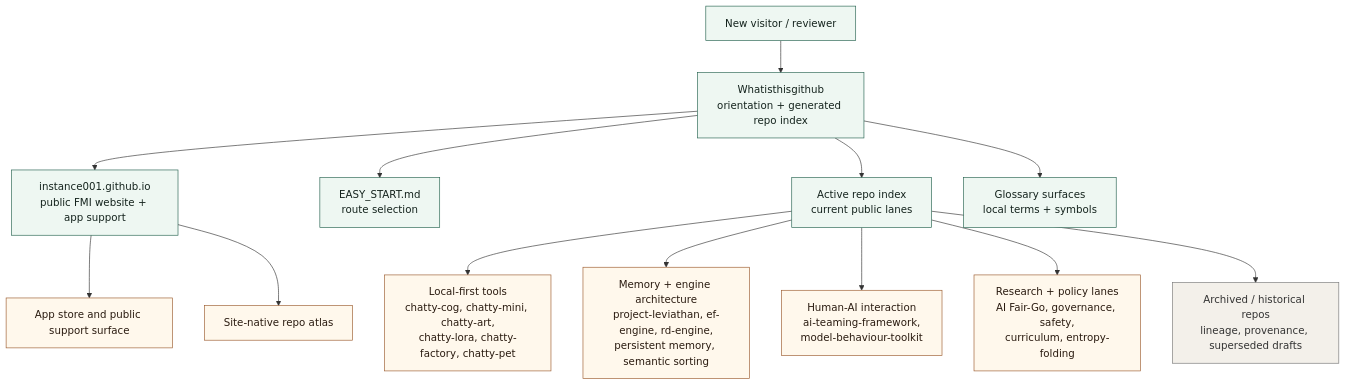
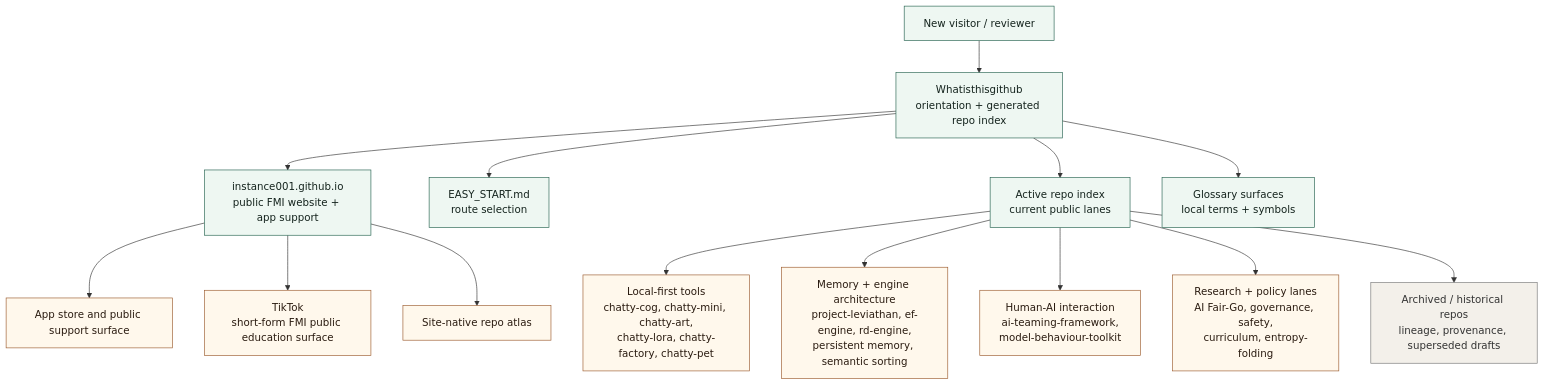
One commit to instance001/Whatisthisgithub changed the diagram in README.md. Above: the diagram before and after it, drawn with Mermaid.

````diff
--- a/README.md
+++ b/README.md
@@ -49,25 +49,26 @@
 ```mermaid
 flowchart TB
     visitor["New visitor / reviewer"] --> fieldRoot["Whatisthisgithub<br/>orientation + generated repo index"]
     fieldRoot --> publicSite["instance001.github.io<br/>public FMI website + app support"]
     fieldRoot --> easyStart["EASY_START.md<br/>route selection"]
     fieldRoot --> activeIndex["Active repo index<br/>current public lanes"]
     fieldRoot --> glossary["Glossary surfaces<br/>local terms + symbols"]
 
     activeIndex --> tools["Local-first tools<br/>chatty-cog, chatty-mini, chatty-art,<br/>chatty-lora, chatty-factory, chatty-pet"]
     activeIndex --> architecture["Memory + engine architecture<br/>project-leviathan, ef-engine, rd-engine,<br/>persistent memory, semantic sorting"]
     activeIndex --> interaction["Human-AI interaction<br/>ai-teaming-framework,<br/>model-behaviour-toolkit"]
     activeIndex --> research["Research + policy lanes<br/>AI Fair-Go, governance, safety,<br/>curriculum, entropy-folding"]
     activeIndex --> archived["Archived / historical repos<br/>lineage, provenance, superseded drafts"]
 
     publicSite --> appSurface["App store and public support surface"]
+    publicSite --> shortMedia["TikTok<br/>short-form FMI public education surface"]
     publicSite --> repoAtlas["Site-native repo atlas"]
 
     classDef entry fill:#eef7f2,stroke:#25624f,color:#14231d;
     classDef lane fill:#fff8ec,stroke:#9b5b2e,color:#2a1b10;
     classDef archive fill:#f3f0ea,stroke:#777,color:#333;
 
     class visitor,fieldRoot,easyStart,glossary,publicSite,activeIndex entry;
-    class tools,architecture,interaction,research,appSurface,repoAtlas lane;
+    class tools,architecture,interaction,research,appSurface,shortMedia,repoAtlas lane;
     class archived archive;
 ```
````
